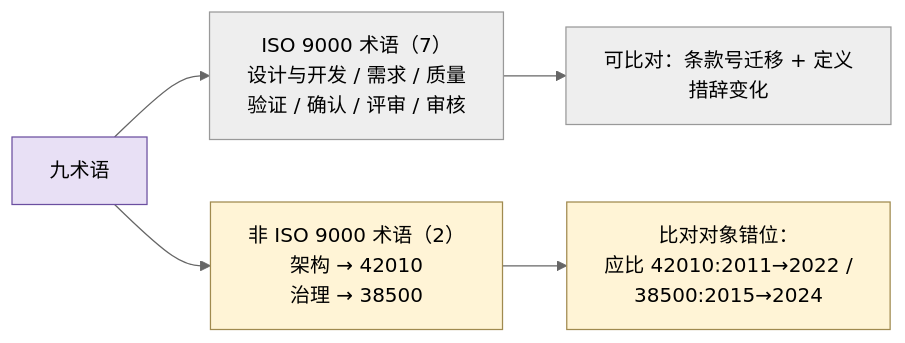
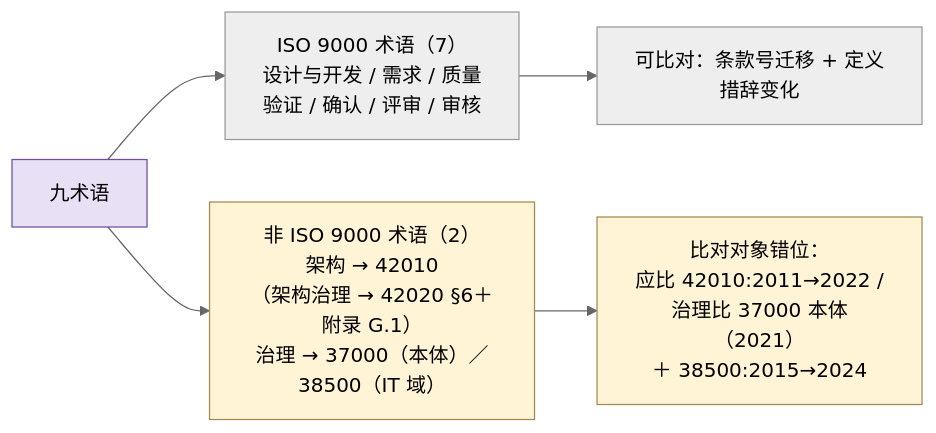
The third of 3 diagrams in 100-subprojects/01-系统工程研究/00-系统工程相关研究报告/26-ISO 9000-2026研究报告-结构与术语框架导航图.md (Yongjunzhou/AOS-system-design), drawn with Mermaid (neutral theme) before and after one commit. The commit also changed other lines of this file and 45 other files, not shown here.

````diff
--- a/100-subprojects/01-系统工程研究/00-系统工程相关研究报告/26-ISO 9000-2026研究报告-结构与术语框架导航图.md
+++ b/100-subprojects/01-系统工程研究/00-系统工程相关研究报告/26-ISO 9000-2026研究报告-结构与术语框架导航图.md
@@ -385,11 +385,11 @@
 ```mermaid
 graph LR
     Q["九术语"] --> A["ISO 9000 术语（7）<br/>设计与开发 / 需求 / 质量<br/>验证 / 确认 / 评审 / 审核"]
-    Q --> B["非 ISO 9000 术语（2）<br/>架构 → 42010<br/>治理 → 38500"]
+    Q --> B["非 ISO 9000 术语（2）<br/>架构 → 42010<br/>（架构治理 → 42020 §6＋附录 G.1）<br/>治理 → 37000（本体）／38500（IT 域）"]
     A --> A1["可比对：条款号迁移 + 定义措辞变化"]
-    B --> B1["比对对象错位：<br/>应比 42010:2011→2022 /<br/>38500:2015→2024"]
+    B --> B1["比对对象错位：<br/>应比 42010:2011→2022 /<br/>治理比 37000 本体（2021）<br/>＋ 38500:2015→2024"]
 
     style Q fill:#e8e0f5,stroke:#6b4fa0
     style B fill:#fff4d6,stroke:#a08a4f
     style B1 fill:#fff4d6,stroke:#a08a4f
 ```
````
